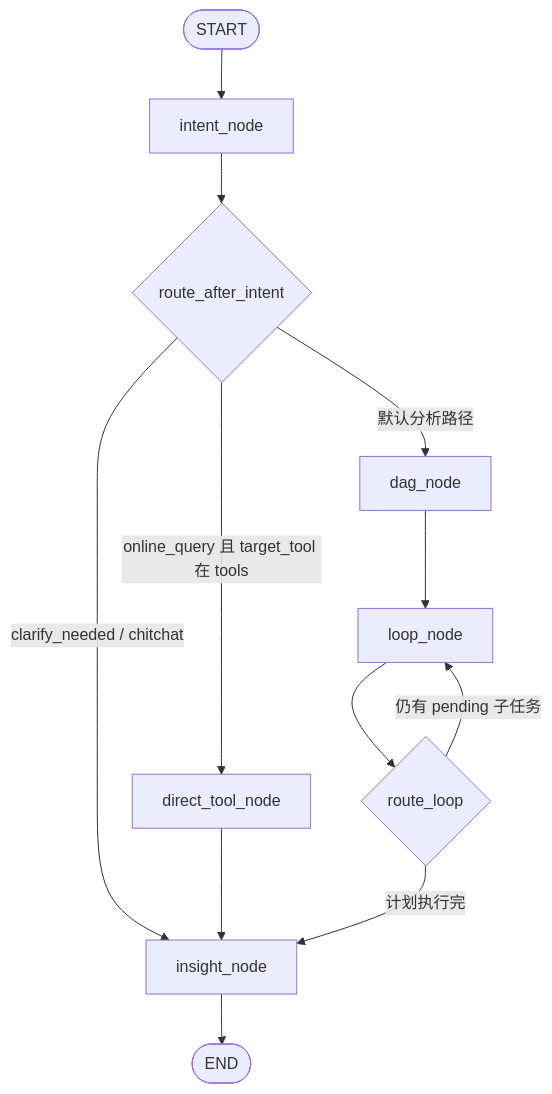
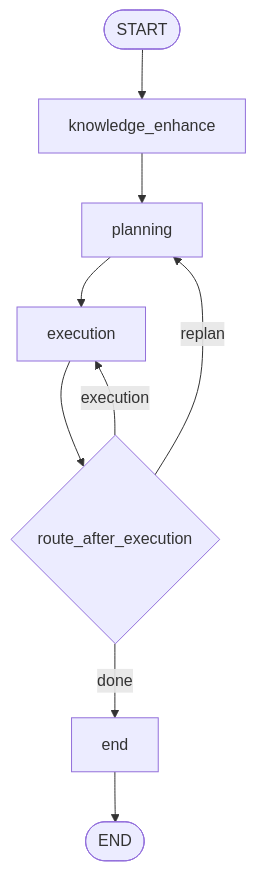
Before and after one commit to beyonai/ByDC: the diagram in packages/datacloud-analysis/README.md, drawn with Mermaid. The commit also changed other lines of this file and 3 other files, not shown here.

````diff
--- a/packages/datacloud-analysis/README.md
+++ b/packages/datacloud-analysis/README.md
@@ -68,14 +67,11 @@
 ```mermaid
 flowchart TD
-    START([START]) --> intent[intent_node]
-    intent --> route{route_after_intent}
-    route -->|clarify_needed / chitchat| insight[insight_node]
-    route -->|online_query 且 target_tool 在 tools| direct[direct_tool_node]
-    route -->|默认分析路径| dag[dag_node]
-    direct --> insight
-    dag --> loop[loop_node]
-    loop --> loop_route{route_loop}
-    loop_route -->|仍有 pending 子任务| loop
-    loop_route -->|计划执行完| insight
-    insight --> END([END])
+    START([START]) --> KE[knowledge_enhance]
+    KE --> PLAN[planning]
+    PLAN --> EXEC[execution]
+    EXEC --> ROUTE{route_after_execution}
+    ROUTE -->|replan| PLAN
+    ROUTE -->|execution| EXEC
+    ROUTE -->|done| END_NODE[end]
+    END_NODE --> END([END])
 ```
````
